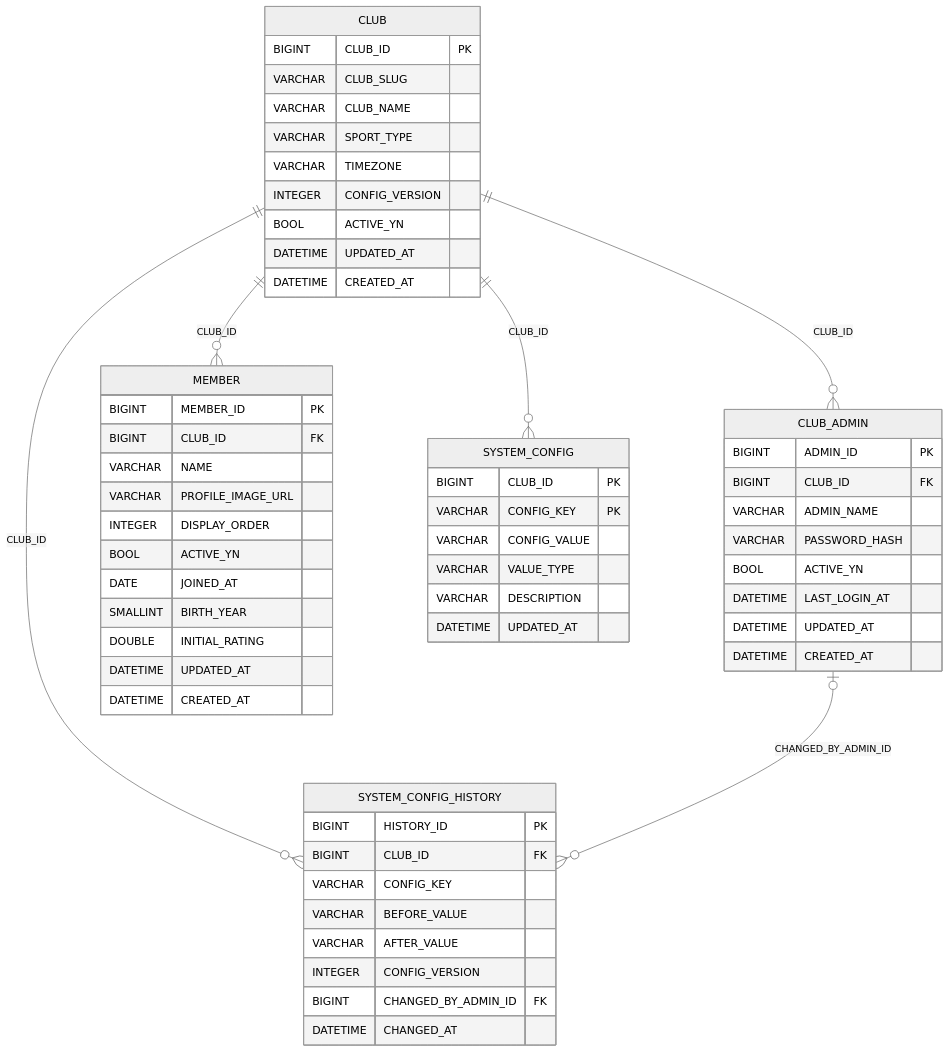
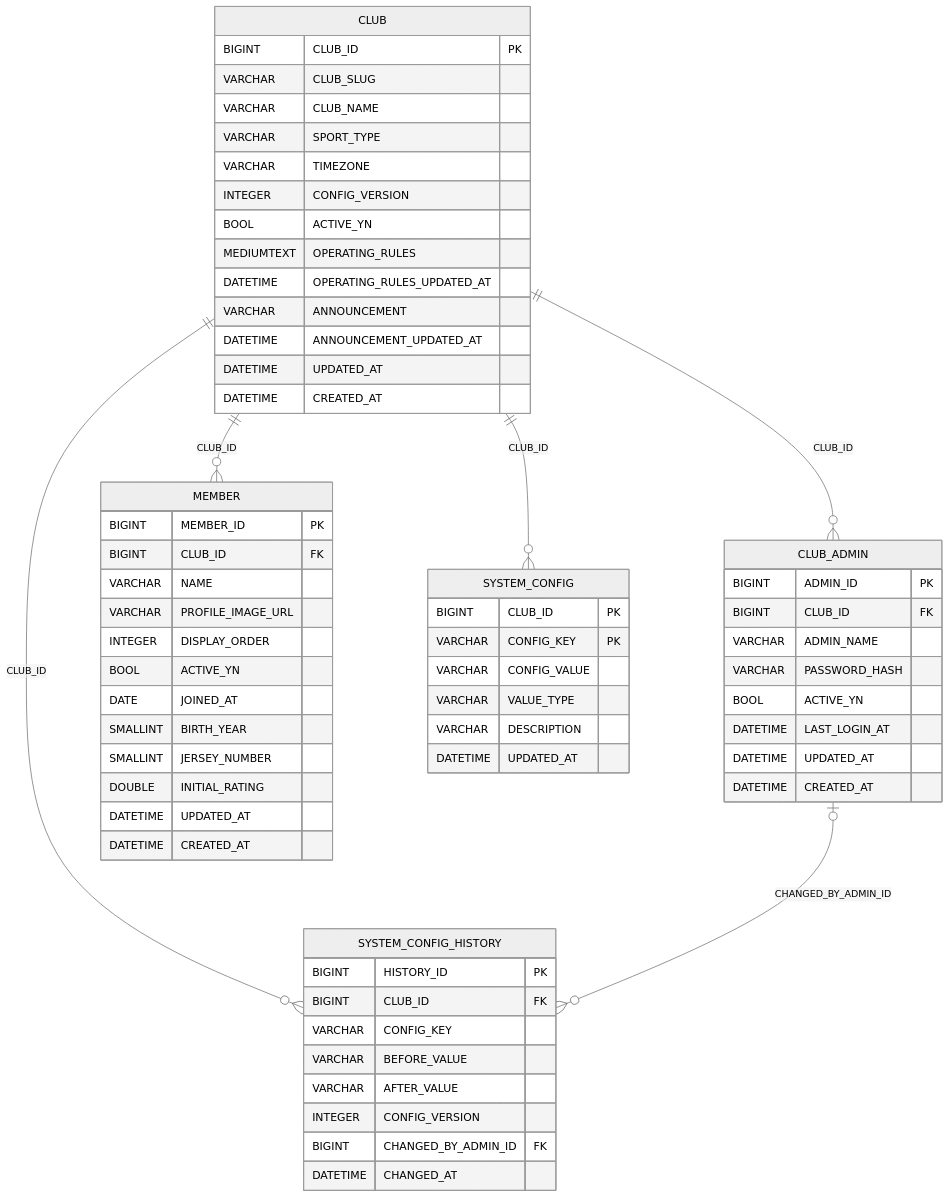
Before and after one commit to preferJ/clubwire: the first of 5 diagrams in docs/ERD.md, drawn with Mermaid (neutral theme). The commit also changed 31 other files, not shown here.

Commit message:
Add player jersey numbers and editable club rules and announcement ticker

````diff
--- a/docs/ERD.md
+++ b/docs/ERD.md
@@ -7,60 +7,65 @@
 ```mermaid
 erDiagram
     CLUB {
         BIGINT CLUB_ID PK
         VARCHAR CLUB_SLUG
         VARCHAR CLUB_NAME
         VARCHAR SPORT_TYPE
         VARCHAR TIMEZONE
         INTEGER CONFIG_VERSION
         BOOL ACTIVE_YN
+        MEDIUMTEXT OPERATING_RULES
+        DATETIME OPERATING_RULES_UPDATED_AT
+        VARCHAR ANNOUNCEMENT
+        DATETIME ANNOUNCEMENT_UPDATED_AT
         DATETIME UPDATED_AT
         DATETIME CREATED_AT
     }
     CLUB_ADMIN {
         BIGINT ADMIN_ID PK
         BIGINT CLUB_ID FK
         VARCHAR ADMIN_NAME
         VARCHAR PASSWORD_HASH
         BOOL ACTIVE_YN
         DATETIME LAST_LOGIN_AT
         DATETIME UPDATED_AT
         DATETIME CREATED_AT
     }
     MEMBER {
         BIGINT MEMBER_ID PK
         BIGINT CLUB_ID FK
         VARCHAR NAME
         VARCHAR PROFILE_IMAGE_URL
         INTEGER DISPLAY_ORDER
         BOOL ACTIVE_YN
         DATE JOINED_AT
         SMALLINT BIRTH_YEAR
+        SMALLINT JERSEY_NUMBER
         DOUBLE INITIAL_RATING
         DATETIME UPDATED_AT
         DATETIME CREATED_AT
     }
     SYSTEM_CONFIG {
         BIGINT CLUB_ID PK
         VARCHAR CONFIG_KEY PK
         VARCHAR CONFIG_VALUE
         VARCHAR VALUE_TYPE
         VARCHAR DESCRIPTION
         DATETIME UPDATED_AT
     }
     SYSTEM_CONFIG_HISTORY {
         BIGINT HISTORY_ID PK
         BIGINT CLUB_ID FK
         VARCHAR CONFIG_KEY
         VARCHAR BEFORE_VALUE
         VARCHAR AFTER_VALUE
         INTEGER CONFIG_VERSION
         BIGINT CHANGED_BY_ADMIN_ID FK
         DATETIME CHANGED_AT
     }
     CLUB ||--o{ CLUB_ADMIN : "CLUB_ID"
     CLUB ||--o{ MEMBER : "CLUB_ID"
     CLUB ||--o{ SYSTEM_CONFIG : "CLUB_ID"
     CLUB ||--o{ SYSTEM_CONFIG_HISTORY : "CLUB_ID"
     CLUB_ADMIN |o--o{ SYSTEM_CONFIG_HISTORY : "CHANGED_BY_ADMIN_ID"
 ```
````
